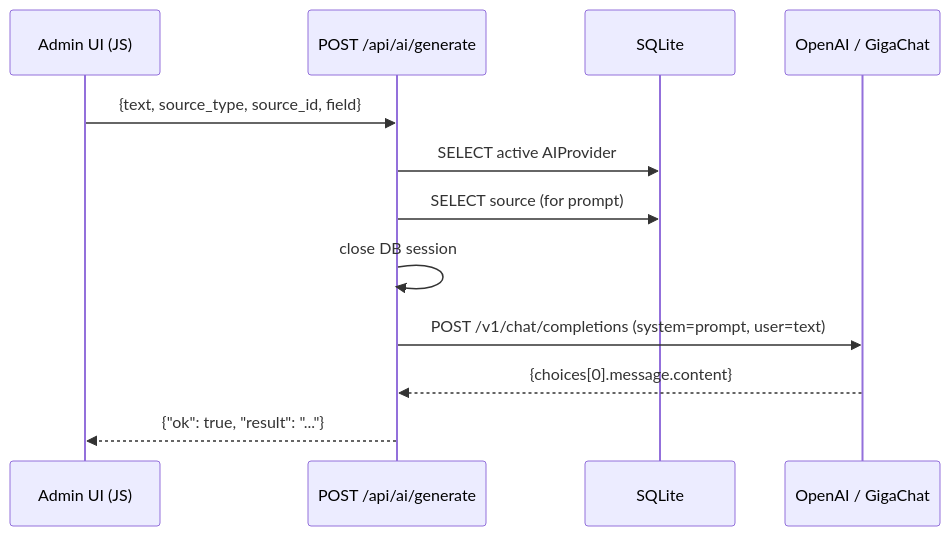
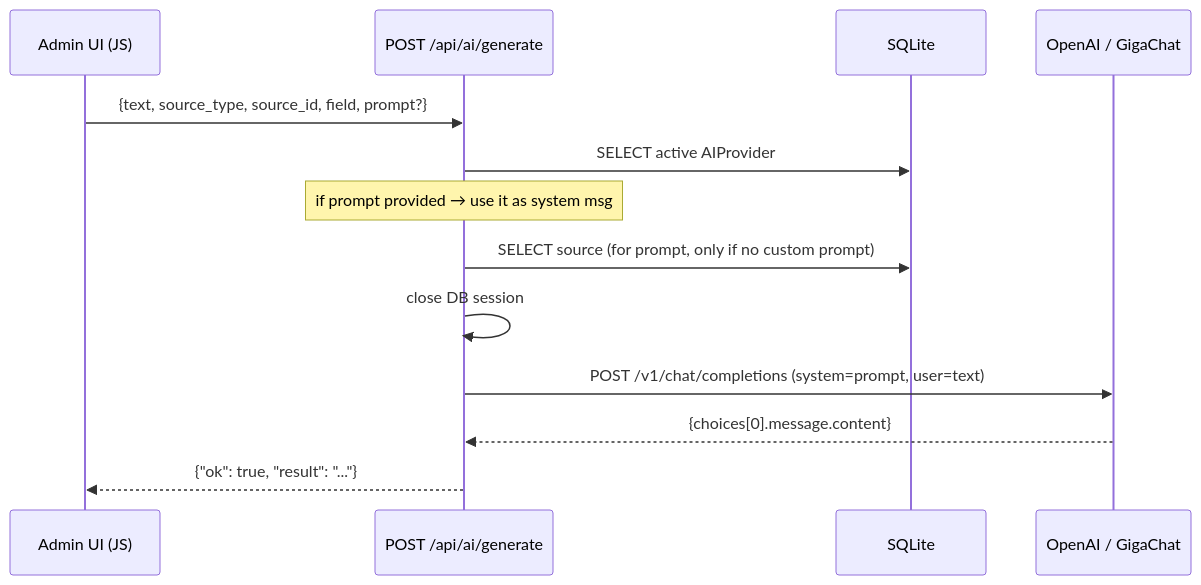
Before and after one commit to prog-time/postery: the diagram in rules/domain/ai-integration.md, drawn with Mermaid. The commit also changed other lines of this file and 2 other files, not shown here.

First line of the commit message:
исправил null-guard в ai_script и задокументировал поле prompt в API

````diff
--- a/rules/domain/ai-integration.md
+++ b/rules/domain/ai-integration.md
@@ -105,15 +108,16 @@
 ```mermaid
 sequenceDiagram
     participant UI as Admin UI (JS)
     participant API as POST /api/ai/generate
     participant DB as SQLite
     participant AI as OpenAI / GigaChat
 
-    UI->>API: {text, source_type, source_id, field}
+    UI->>API: {text, source_type, source_id, field, prompt?}
     API->>DB: SELECT active AIProvider
-    API->>DB: SELECT source (for prompt)
+    note over API: if prompt provided → use it as system msg
+    API->>DB: SELECT source (for prompt, only if no custom prompt)
     API->>API: close DB session
     API->>AI: POST /v1/chat/completions (system=prompt, user=text)
     AI-->>API: {choices[0].message.content}
     API-->>UI: {"ok": true, "result": "..."}
 ```
````
